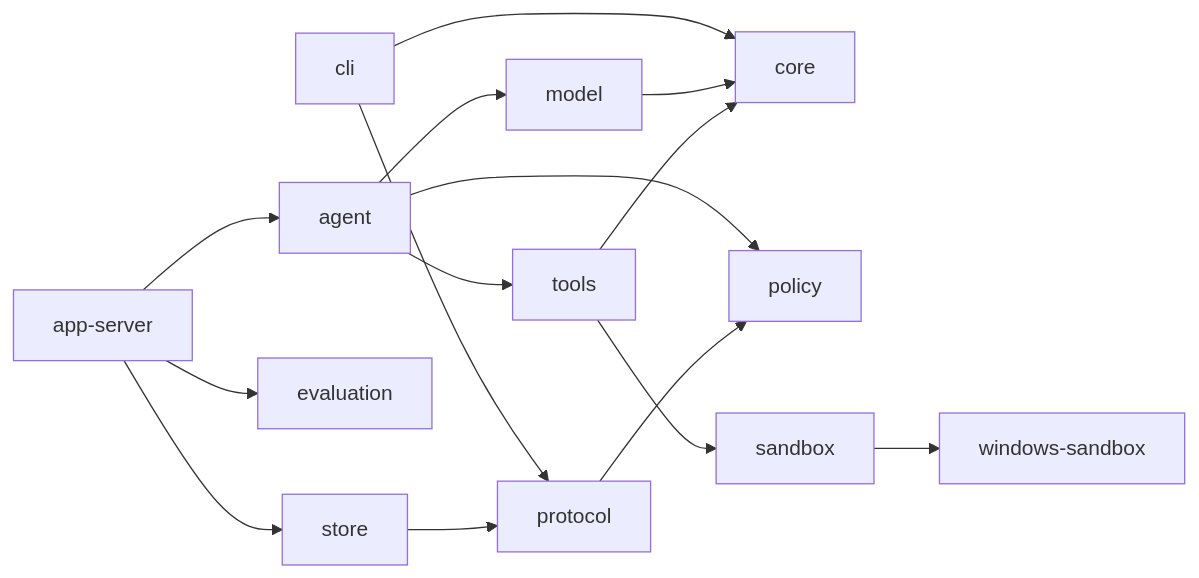
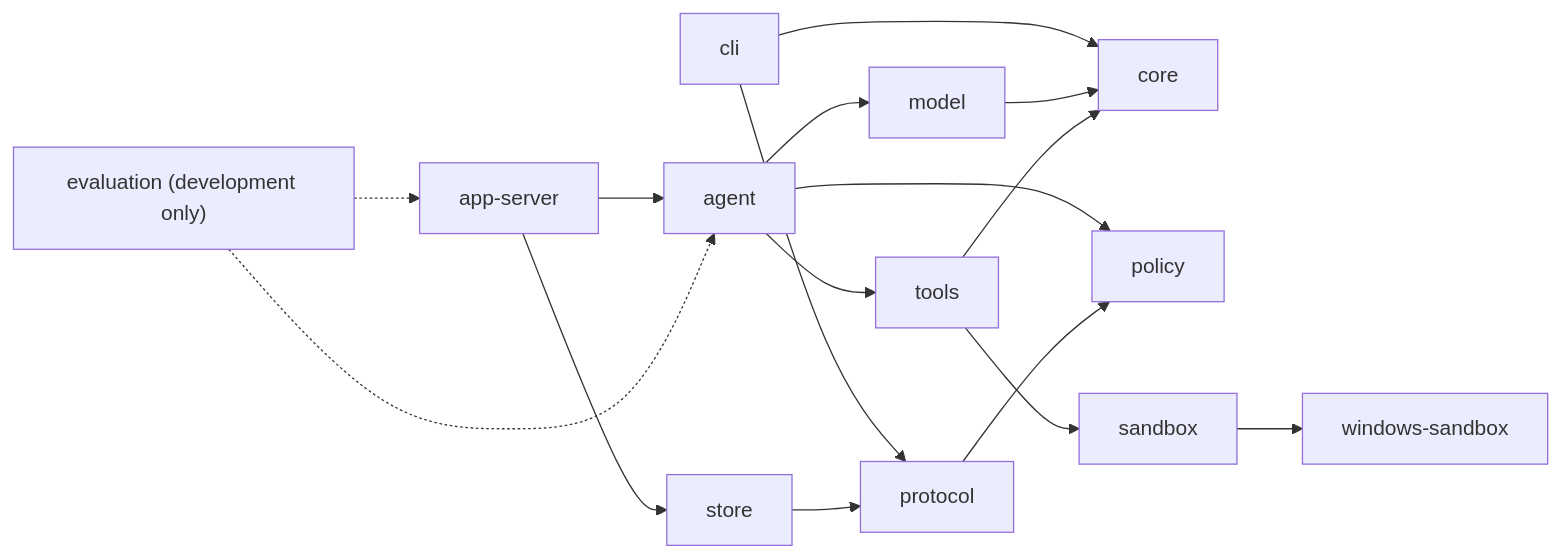
Before and after one commit to qjcnmd/singularity-agent: the diagram in docs/singularity.md, drawn with Mermaid. The commit also changed other lines of this file and 51 other files, not shown here.

````diff
--- a/docs/singularity.md
+++ b/docs/singularity.md
@@ -39,17 +39,18 @@
 ```mermaid
 flowchart LR
     CLI["cli"] --> Protocol["protocol"]
     CLI --> Core["core"]
     App["app-server"] --> Agent["agent"]
-    App --> Eval["evaluation"]
     App --> Store["store"]
+    Eval["evaluation (development only)"] -.-> App
+    Eval -.-> Agent
     Agent --> Model["model"]
     Agent --> Policy["policy"]
     Agent --> Tools["tools"]
     Tools --> Sandbox["sandbox"]
     Sandbox --> Win["windows-sandbox"]
     Store --> Protocol
     Protocol --> Policy
     Model --> Core
     Tools --> Core
 ```
````
